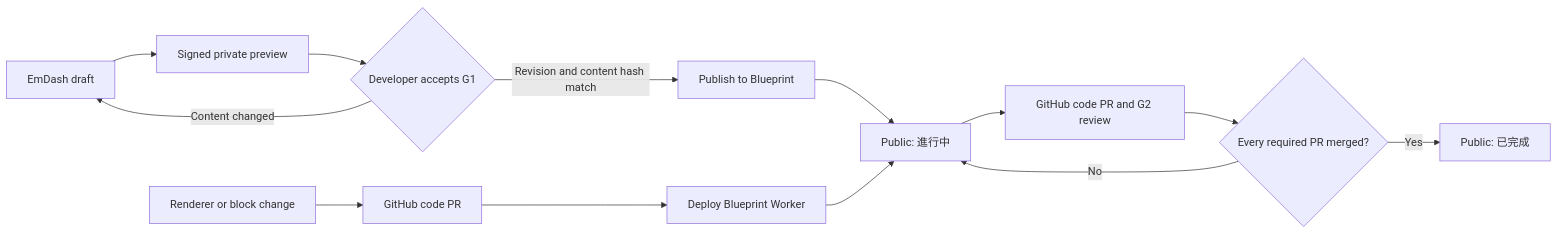
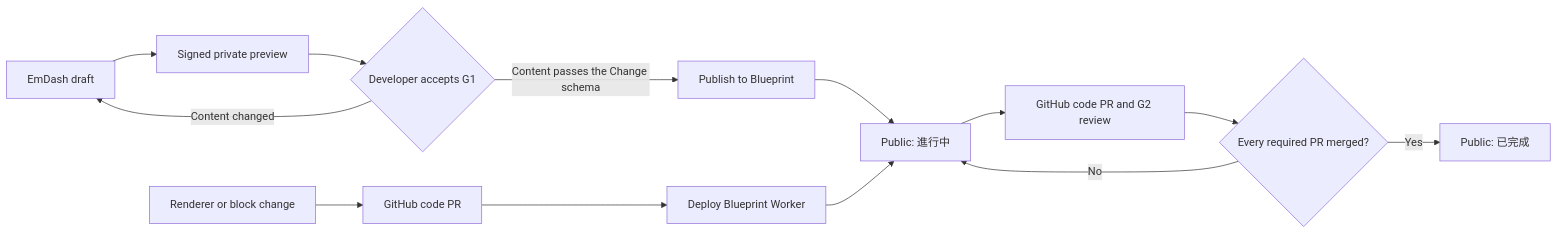
Before and after one commit to AndrewCK24/volleybro: the diagram in blueprint/content/features/platform/blueprint/index.mdx, drawn with Mermaid. The commit also changed 3 other files, not shown here.

````diff
--- a/blueprint/content/features/platform/blueprint/index.mdx
+++ b/blueprint/content/features/platform/blueprint/index.mdx
@@ -10,15 +10,15 @@
 ```mermaid
 flowchart LR
     A[EmDash draft] --> B[Signed private preview]
     B --> C{Developer accepts G1}
-    C -->|Revision and content hash match| D[Publish to Blueprint]
+    C -->|Content passes the Change schema| D[Publish to Blueprint]
     C -->|Content changed| A
     D --> E[Public: 進行中]
     E --> F[GitHub code PR and G2 review]
     F --> G{Every required PR merged?}
     G -->|No| E
     G -->|Yes| H[Public: 已完成]
     I[Renderer or block change] --> J[GitHub code PR]
     J --> K[Deploy Blueprint Worker]
     K --> E
 ```
````
